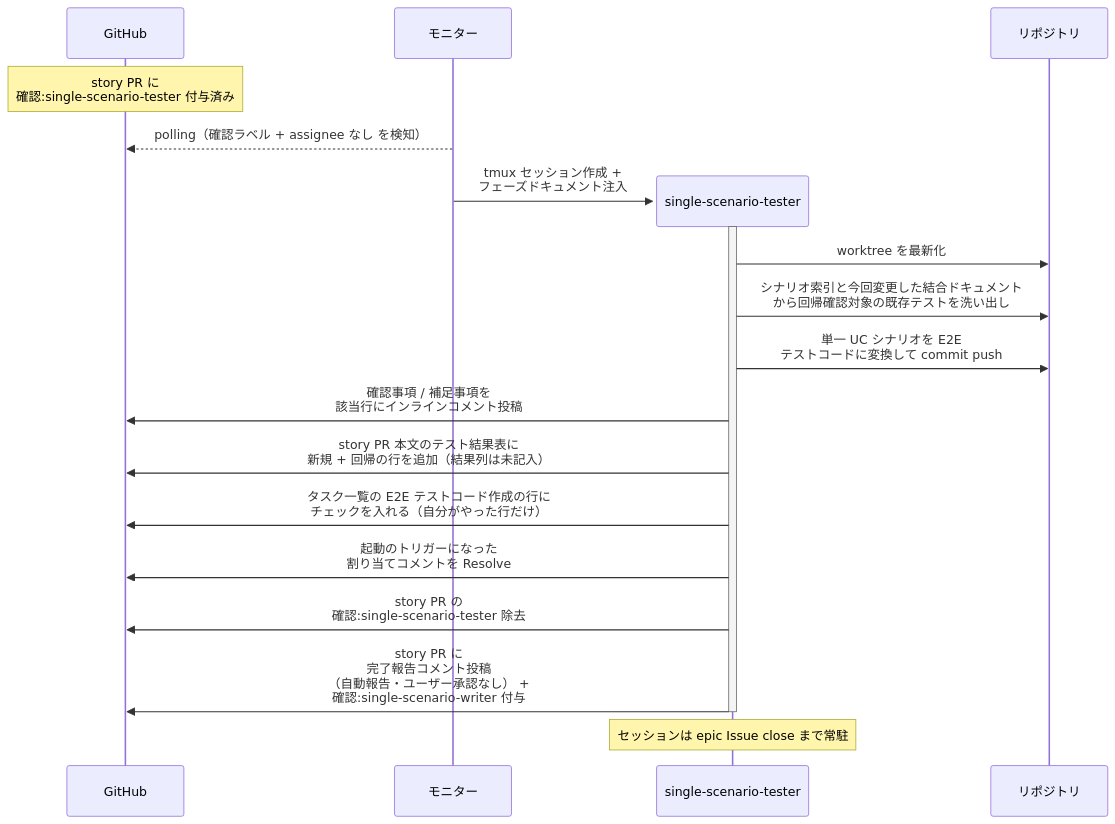
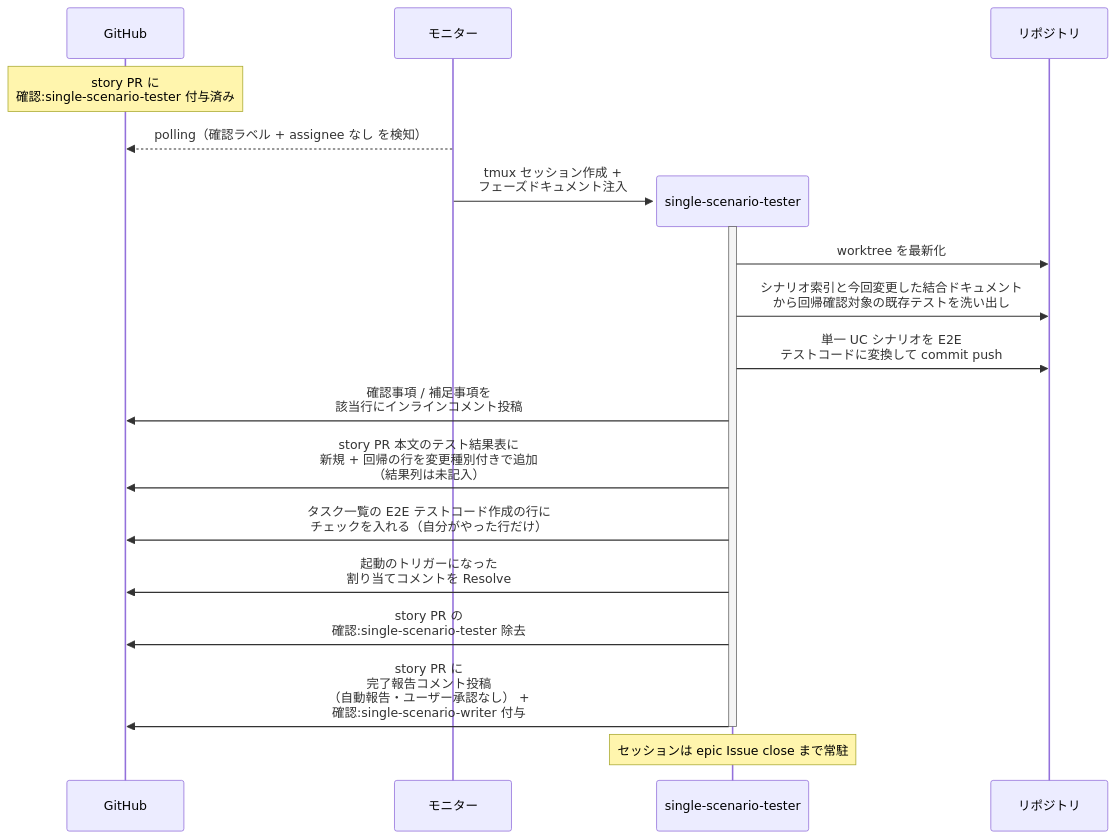
The first of 2 diagrams in docs/wiki/設計図/シナリオ/単一ユースケース/統合テスト実装.md (shuhei1101/ai-monitor), drawn with Mermaid before and after one commit. The commit also changed other lines of this file and 8 other files, not shown here.

````diff
--- a/docs/wiki/設計図/シナリオ/単一ユースケース/統合テスト実装.md
+++ b/docs/wiki/設計図/シナリオ/単一ユースケース/統合テスト実装.md
@@ -38,23 +38,23 @@
 ```mermaid
 sequenceDiagram
   participant GH as GitHub
   participant ORC as モニター
 
   Note over GH: story PR に<br>確認:single-scenario-tester 付与済み
   ORC-->>GH: polling（確認ラベル + assignee なし を検知）
   create participant MON as single-scenario-tester
   ORC->>MON: tmux セッション作成 +<br>フェーズドキュメント注入
   participant REPO as リポジトリ
   activate MON
   MON->>REPO: worktree を最新化
   MON->>REPO: シナリオ索引と今回変更した結合ドキュメント<br>から回帰確認対象の既存テストを洗い出し
   MON->>REPO: 単一 UC シナリオを E2E<br>テストコードに変換して commit push
   MON->>GH: 確認事項 / 補足事項を<br>該当行にインラインコメント投稿
-  MON->>GH: story PR 本文のテスト結果表に<br>新規 + 回帰の行を追加（結果列は未記入）
+  MON->>GH: story PR 本文のテスト結果表に<br>新規 + 回帰の行を変更種別付きで追加<br>（結果列は未記入）
   MON->>GH: タスク一覧の E2E テストコード作成の行に<br>チェックを入れる（自分がやった行だけ）
   MON->>GH: 起動のトリガーになった<br>割り当てコメントを Resolve
   MON->>GH: story PR の<br>確認:single-scenario-tester 除去
   MON->>GH: story PR に<br>完了報告コメント投稿<br>（自動報告・ユーザー承認なし） +<br>確認:single-scenario-writer 付与
   deactivate MON
   Note over MON: セッションは epic Issue close まで常駐
 ```
````
